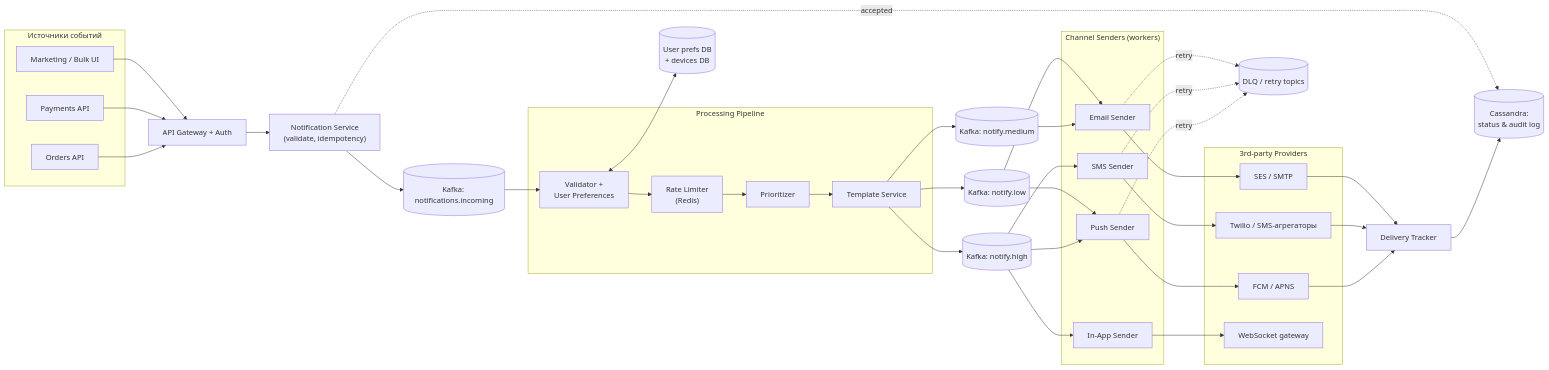
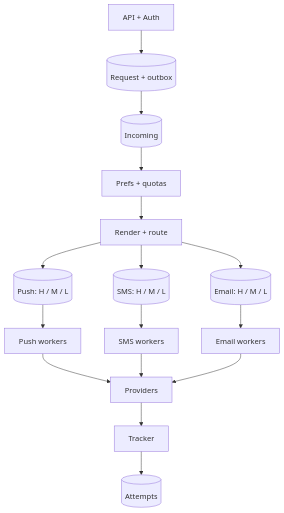
Before and after one commit to AlohaJava/system-design-interview-chamkin: the first of 6 diagrams in 02-case-studies/notification-system.md, drawn with Mermaid. The commit also changed other lines of this file and 49 other files, not shown here.

````diff
--- a/02-case-studies/notification-system.md
+++ b/02-case-studies/notification-system.md
@@ -138,71 +152,18 @@
 ```mermaid
-flowchart LR
-    subgraph Clients["Источники событий"]
-        C1["Orders API"]
-        C2["Payments API"]
-        C3["Marketing / Bulk UI"]
-    end
-
-    GW["API Gateway + Auth"]
-    NS["Notification Service<br/>(validate, idempotency)"]
-    K1[("Kafka: notifications.incoming")]
-
-    subgraph Pipeline["Processing Pipeline"]
-        VP["Validator +<br/>User Preferences"]
-        RL["Rate Limiter<br/>(Redis)"]
-        PR["Prioritizer"]
-        TS["Template Service"]
-    end
-
-    KH[("Kafka: notify.high")]
-    KM[("Kafka: notify.medium")]
-    KL[("Kafka: notify.low")]
-
-    subgraph Senders["Channel Senders (workers)"]
-        PS["Push Sender"]
-        SS["SMS Sender"]
-        ES["Email Sender"]
-        IS["In-App Sender"]
-    end
-
-    subgraph Vendors["3rd-party Providers"]
-        FCM["FCM / APNS"]
-        TW["Twilio / SMS-агрегаторы"]
-        SMTP["SES / SMTP"]
-        WS["WebSocket gateway"]
-    end
-
-    DLQ[("DLQ / retry topics")]
-    TRK["Delivery Tracker"]
-    DB[("Cassandra:<br/>status & audit log")]
-    UDB[("User prefs DB<br/>+ devices DB")]
-
-    C1 --> GW
-    C2 --> GW
-    C3 --> GW
-    GW --> NS --> K1
-    K1 --> VP
-    VP <--> UDB
-    VP --> RL --> PR --> TS
-    TS --> KH
-    TS --> KM
-    TS --> KL
-    KH --> PS
-    KH --> SS
-    KM --> ES
-    KL --> PS
-    KL --> ES
-    KH --> IS
-    PS --> FCM
-    SS --> TW
-    ES --> SMTP
-    IS --> WS
-    PS -.->|retry| DLQ
-    SS -.->|retry| DLQ
-    ES -.->|retry| DLQ
-    FCM --> TRK
-    TW --> TRK
-    SMTP --> TRK
-    TRK --> DB
-    NS -.->|accepted| DB
+flowchart TD
+    API["API + Auth"] --> DB[("Request + outbox")]
+    DB --> IN[("Incoming")]
+    IN --> POLICY["Prefs + quotas"]
+    POLICY --> RENDER["Render + route"]
+    RENDER --> PUSH[("Push: H / M / L")]
+    RENDER --> SMS[("SMS: H / M / L")]
+    RENDER --> EMAIL[("Email: H / M / L")]
+    PUSH --> PW["Push workers"]
+    SMS --> SW["SMS workers"]
+    EMAIL --> EW["Email workers"]
+    PW --> V["Providers"]
+    SW --> V
+    EW --> V
+    V --> TRACK["Tracker"]
+    TRACK --> ATT[("Attempts")]
 ```
````
